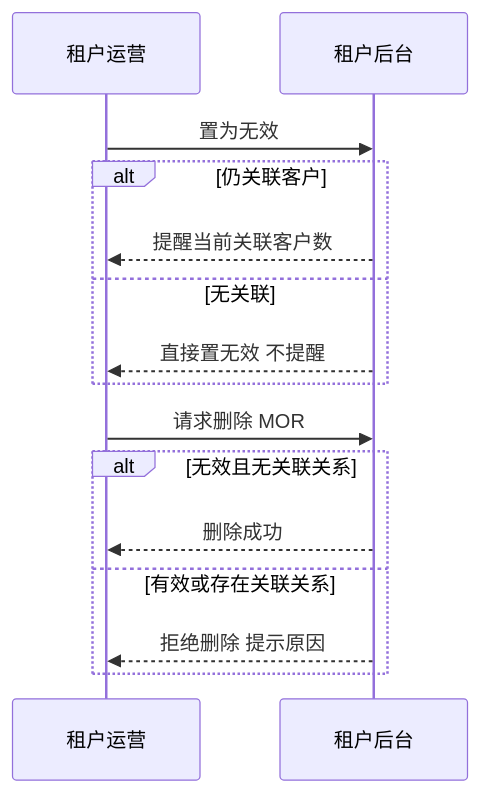
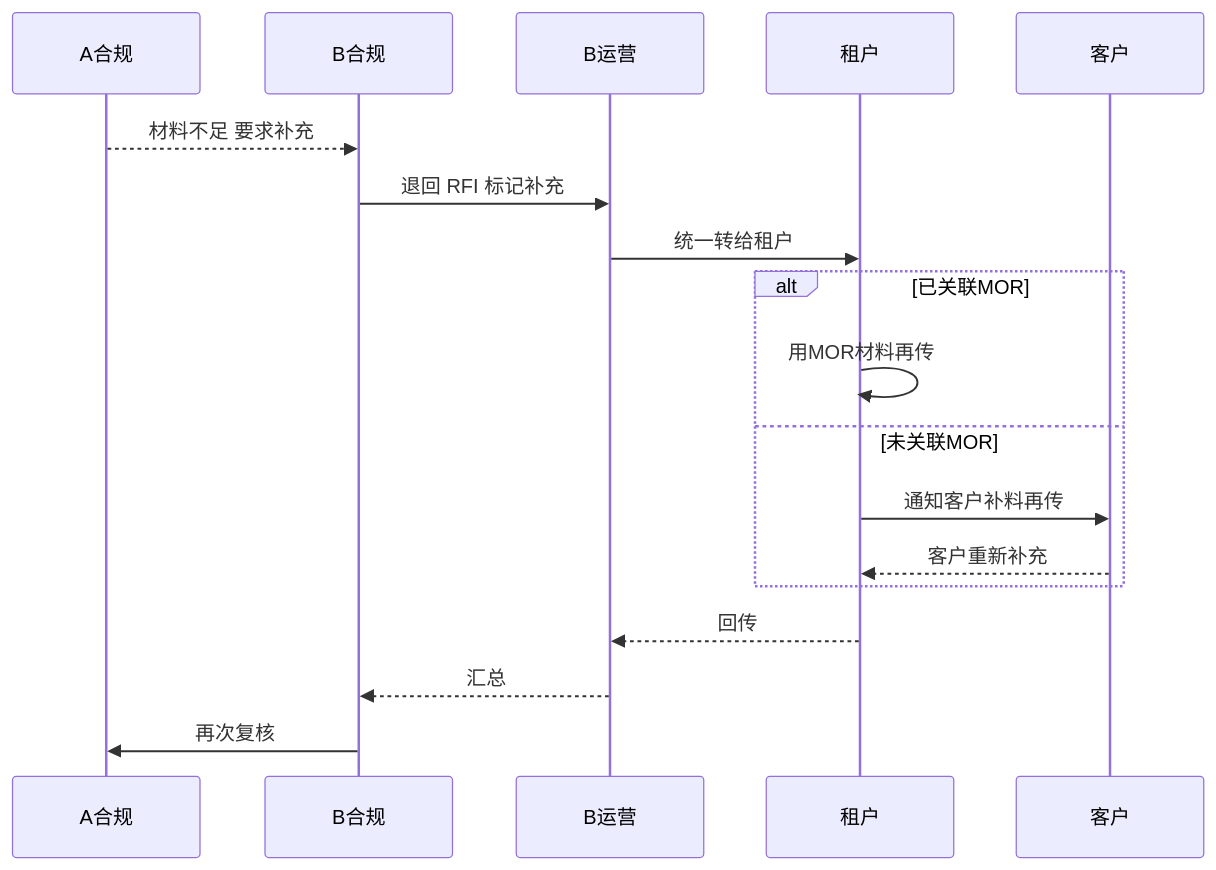
One commit to xiaoxiaoangie/EX-NEW changed the sixth of 6 diagrams in MORSolutions/解决方案/MOR模式-受控租户方案.md. Above: the diagram before and after it, drawn with Mermaid. The commit also changed other lines of this file and 24 other files, not shown here.

````diff
--- a/MORSolutions/解决方案/MOR模式-受控租户方案.md
+++ b/MORSolutions/解决方案/MOR模式-受控租户方案.md
@@ -146,17 +198,20 @@
 ```mermaid
 sequenceDiagram
-    participant O as 租户运营
-    participant S as 租户后台
-    O->>S: 置为无效
-    alt 仍关联客户
-        S-->>O: 提醒当前关联客户数
-    else 无关联
-        S-->>O: 直接置无效 不提醒
+    participant A as A合规
+    participant BC as B合规
+    participant BO as B运营
+    participant TEN as 租户
+    participant C as 客户
+    A-->>BC: 材料不足 要求补充
+    BC->>BO: 退回 RFI 标记补充
+    BO->>TEN: 统一转给租户
+    alt 已关联MOR
+        TEN->>TEN: 用MOR材料再传
+    else 未关联MOR
+        TEN->>C: 通知客户补料再传
+        C-->>TEN: 客户重新补充
     end
-    O->>S: 请求删除 MOR
-    alt 无效且无关联关系
-        S-->>O: 删除成功
-    else 有效或存在关联关系
-        S-->>O: 拒绝删除 提示原因
-    end
+    TEN-->>BO: 回传
+    BO-->>BC: 汇总
+    BC->>A: 再次复核
 ```
````
